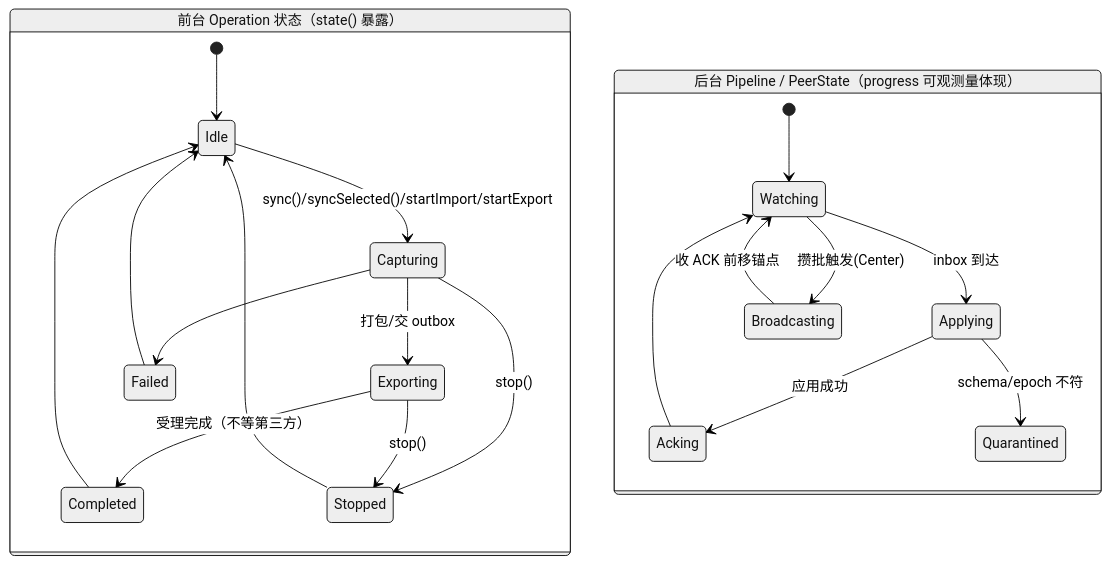
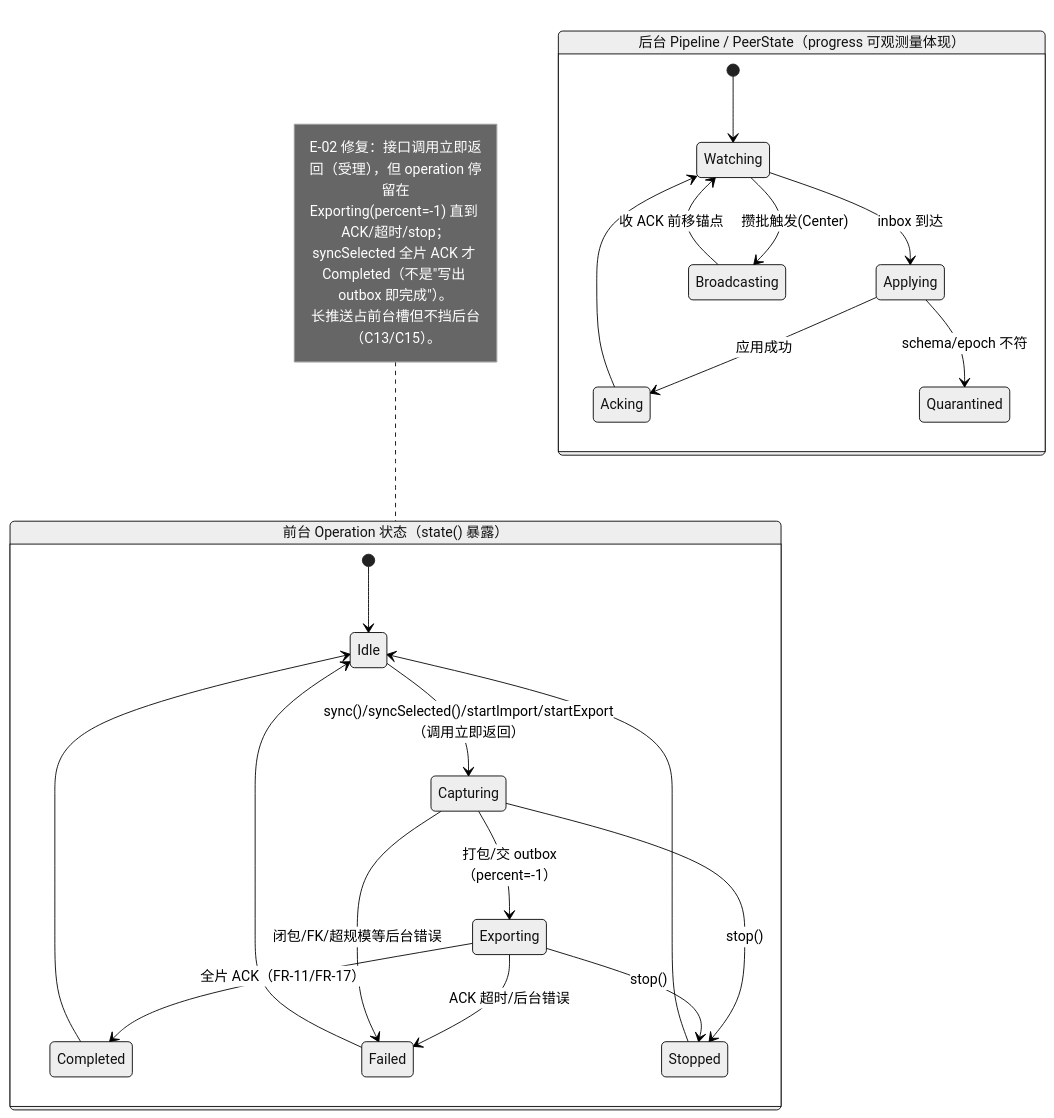
One commit to 055liufl/excelproject changed the fifth of 12 diagrams in specs/SQLite-同步工具-设计文档.md. Above: the diagram before and after it, drawn with Mermaid (neutral theme). The commit also changed other lines of this file, not shown here.

````diff
--- a/specs/SQLite-同步工具-设计文档.md
+++ b/specs/SQLite-同步工具-设计文档.md
@@ -657,24 +845,31 @@
 ```mermaid
 stateDiagram-v2
     state "前台 Operation 状态（state() 暴露）" as FG {
         [*] --> Idle
-        Idle --> Capturing: sync()/syncSelected()/startImport/startExport
-        Capturing --> Exporting: 打包/交 outbox
-        Exporting --> Completed: 受理完成（不等第三方）
+        Idle --> Capturing: sync()/syncSelected()/startImport/startExport（调用立即返回）
+        Capturing --> Exporting: 打包/交 outbox（percent=-1）
+        Exporting --> Completed: 全片 ACK（FR-11/FR-17）
+        Exporting --> Failed: ACK 超时/后台错误
+        Capturing --> Failed: 闭包/FK/超规模等后台错误
         Capturing --> Stopped: stop()
         Exporting --> Stopped: stop()
-        Capturing --> Failed
         Completed --> Idle
         Stopped --> Idle
         Failed --> Idle
     }
+    note left of FG
+        E-02 修复：接口调用立即返回（受理），但 operation 停留在
+        Exporting(percent=-1) 直到 ACK/超时/stop；
+        syncSelected 全片 ACK 才 Completed（不是"写出 outbox 即完成"）。
+        长推送占前台槽但不挡后台（C13/C15）。
+    end note
     state "后台 Pipeline / PeerState（progress 可观测量体现）" as BG {
         [*] --> Watching
         Watching --> Applying: inbox 到达
         Applying --> Acking: 应用成功
         Acking --> Watching
         Applying --> Quarantined: schema/epoch 不符
         Watching --> Broadcasting: 攒批触发(Center)
         Broadcasting --> Watching: 收 ACK 前移锚点
     }
 ```
````
